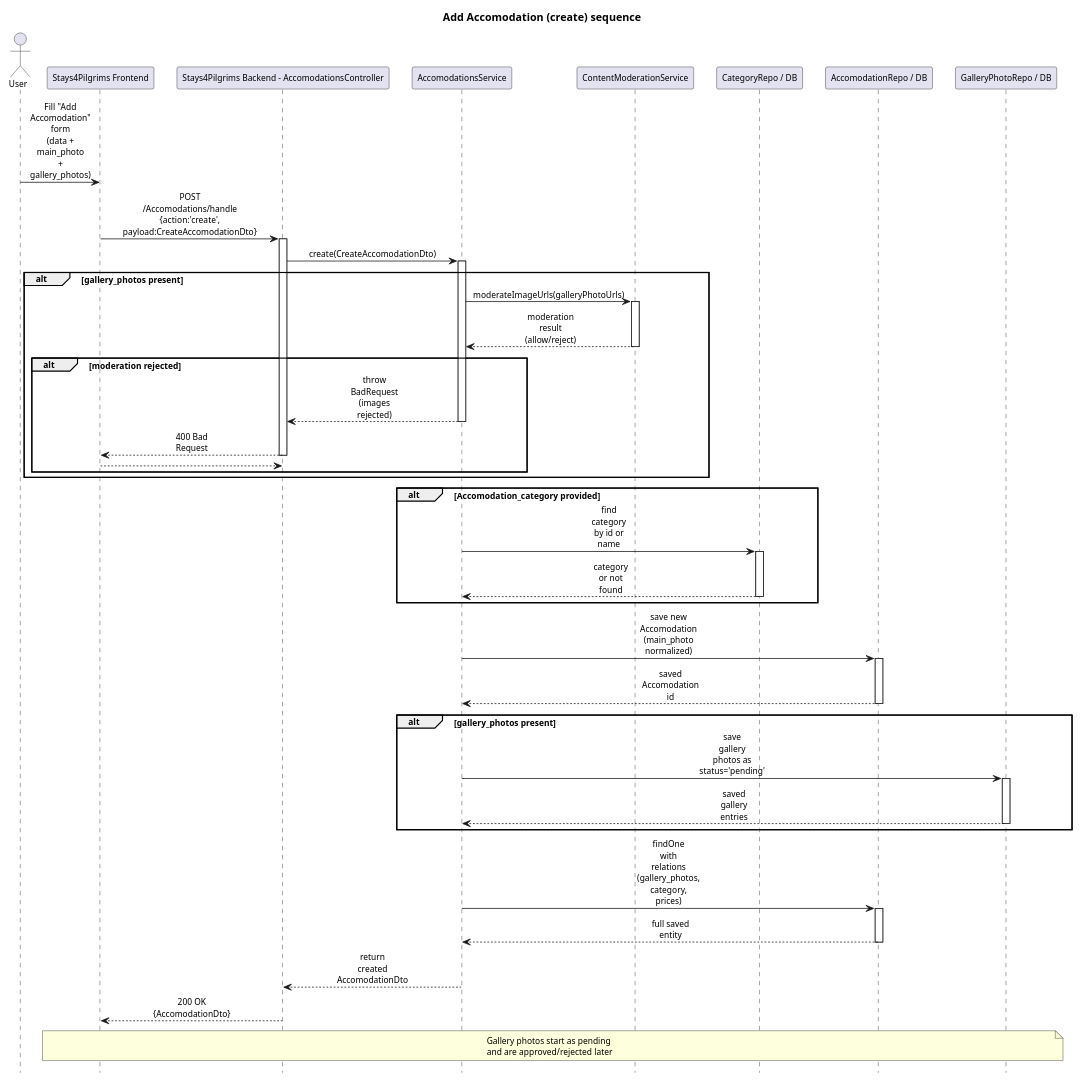
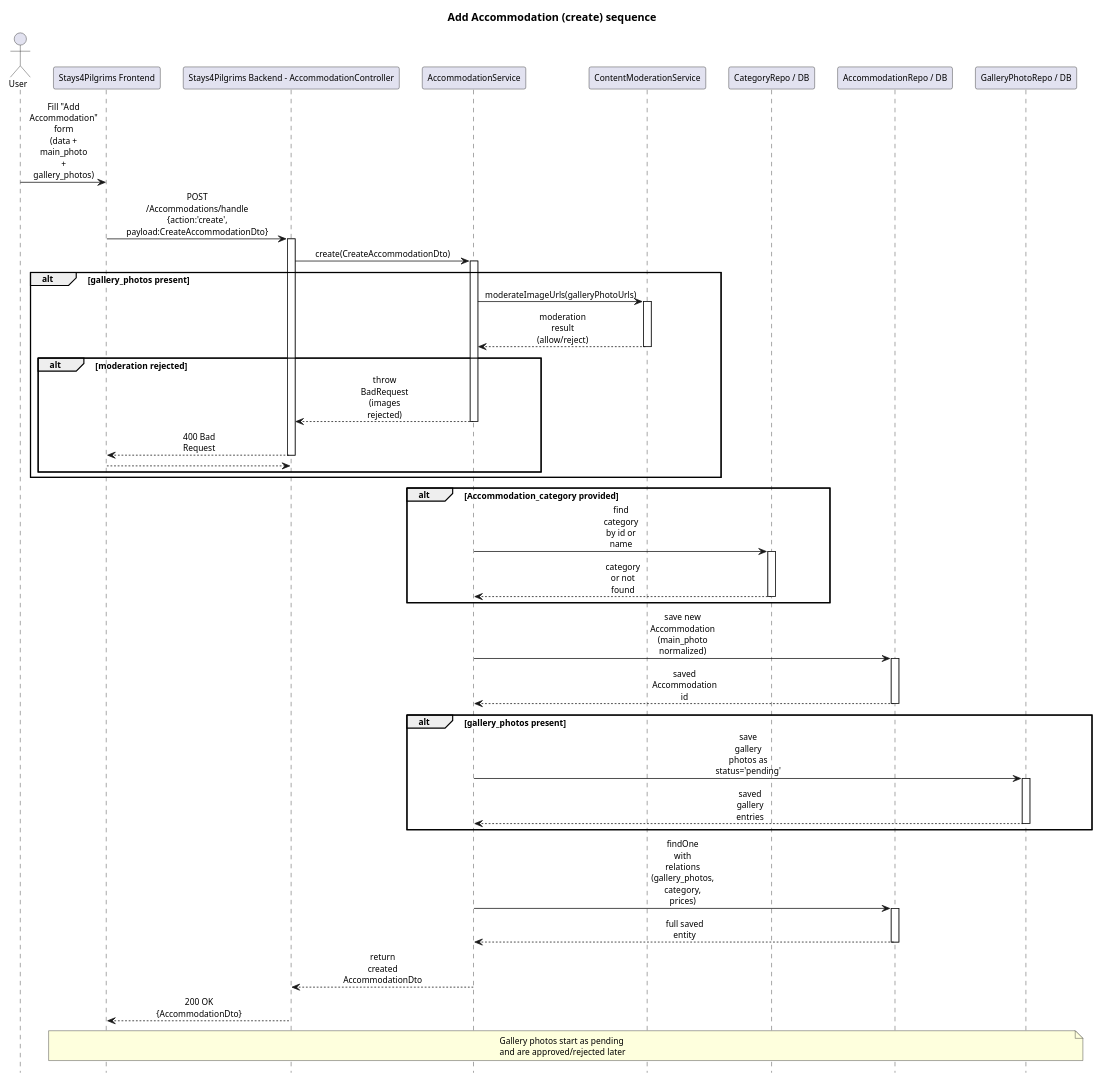
Before and after one commit to alegna83/cookbook-be: the diagram in docs/diagrams/sequence-add-accommodation.puml, drawn with PlantUML. The commit also changed 14 other files, not shown here.

Commit message:
docs: update architecture diagrams and accommodation spelling

```diff
--- a/docs/diagrams/sequence-add-accommodation.puml
+++ b/docs/diagrams/sequence-add-accommodation.puml
@@ -1,73 +1,73 @@
 @startuml
-title Add Accomodation (create) sequence
+title Add Accommodation (create) sequence
 scale 0.85
 hide footbox
 skinparam defaultFontName Arial
 skinparam defaultFontSize 11
 skinparam maxMessageSize 55
 skinparam sequence {
   ParticipantPadding 10
   BoxPadding 8
   MessageAlign center
   ArrowThickness 1
 }
 actor User
 participant "Stays4Pilgrims Frontend" as FE
-participant "Stays4Pilgrims Backend - AccomodationsController" as API
-participant "AccomodationsService" as SVC
+participant "Stays4Pilgrims Backend - AccommodationController" as API
+participant "AccommodationService" as SVC
 participant "ContentModerationService" as MOD
 participant "CategoryRepo / DB" as CATDB
-participant "AccomodationRepo / DB" as ADB
+participant "AccommodationRepo / DB" as ADB
 participant "GalleryPhotoRepo / DB" as GDB
 
-User -> FE: Fill "Add Accomodation" form\n(data + main_photo + gallery_photos)
-FE -> API: POST /Accomodations/handle\n{action:'create', payload:CreateAccomodationDto}
+User -> FE: Fill "Add Accommodation" form\n(data + main_photo + gallery_photos)
+FE -> API: POST /Accommodations/handle\n{action:'create', payload:CreateAccommodationDto}
 activate API
-API -> SVC: create(CreateAccomodationDto)
+API -> SVC: create(CreateAccommodationDto)
 activate SVC
 alt gallery_photos present
   SVC -> MOD: moderateImageUrls(galleryPhotoUrls)
   activate MOD
   MOD --> SVC: moderation result (allow/reject)
   deactivate MOD
   alt moderation rejected
     SVC --> API: throw BadRequest (images rejected)
     deactivate SVC
     API --> FE: 400 Bad Request
     deactivate API
     return
   end
 end
 
-alt Accomodation_category provided
+alt Accommodation_category provided
   SVC -> CATDB: find category by id or name
   activate CATDB
   CATDB --> SVC: category or not found
   deactivate CATDB
 end
 
-SVC -> ADB: save new Accomodation\n(main_photo normalized)
+SVC -> ADB: save new Accommodation\n(main_photo normalized)
 activate ADB
-ADB --> SVC: saved Accomodation id
+ADB --> SVC: saved Accommodation id
 deactivate ADB
 
 alt gallery_photos present
   SVC -> GDB: save gallery photos as status='pending'
   activate GDB
   GDB --> SVC: saved gallery entries
   deactivate GDB
 end
 
 SVC -> ADB: findOne with relations\n(gallery_photos, category, prices)
 activate ADB
 ADB --> SVC: full saved entity
 deactivate ADB
 
-SVC --> API: return created AccomodationDto
+SVC --> API: return created AccommodationDto
 deactivate SVC
-API --> FE: 200 OK {AccomodationDto}
+API --> FE: 200 OK {AccommodationDto}
 deactivate API
 
 note over FE,GDB: Gallery photos start as pending\nand are approved/rejected later
 
 @enduml
```
